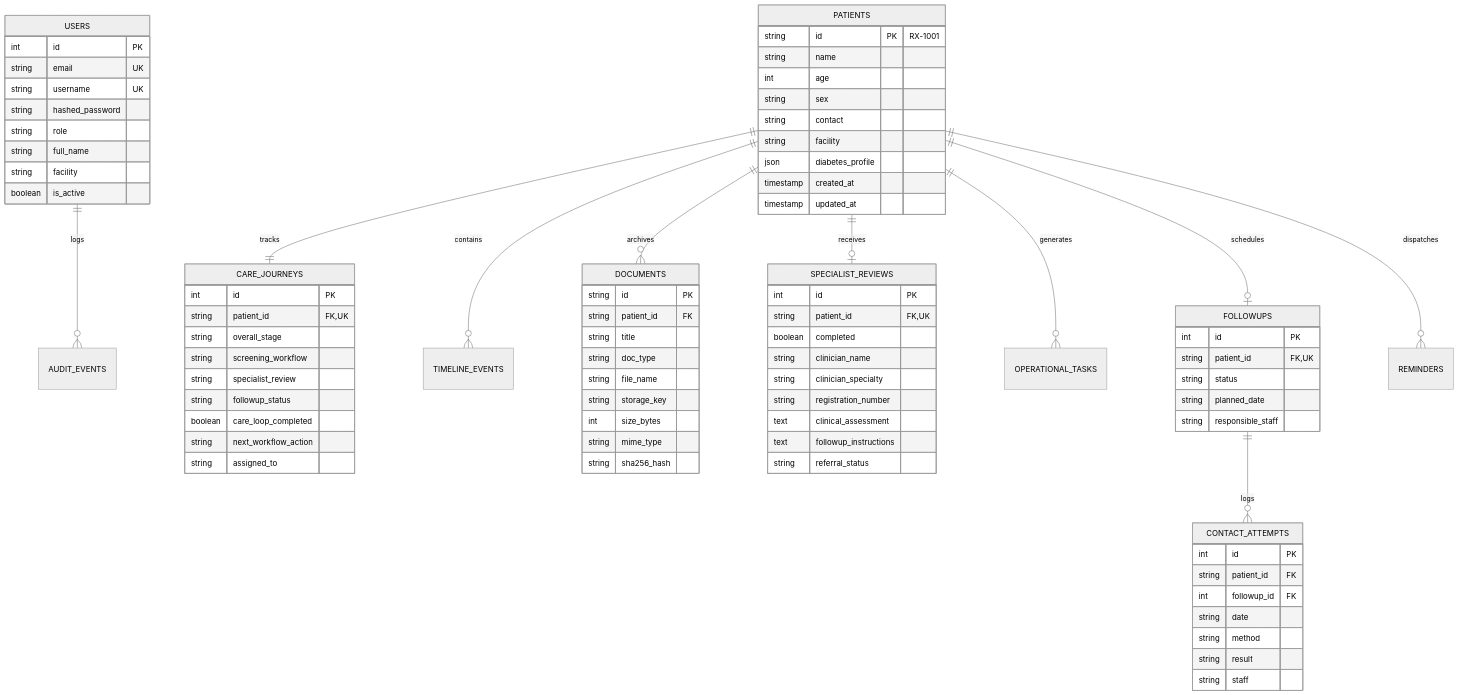
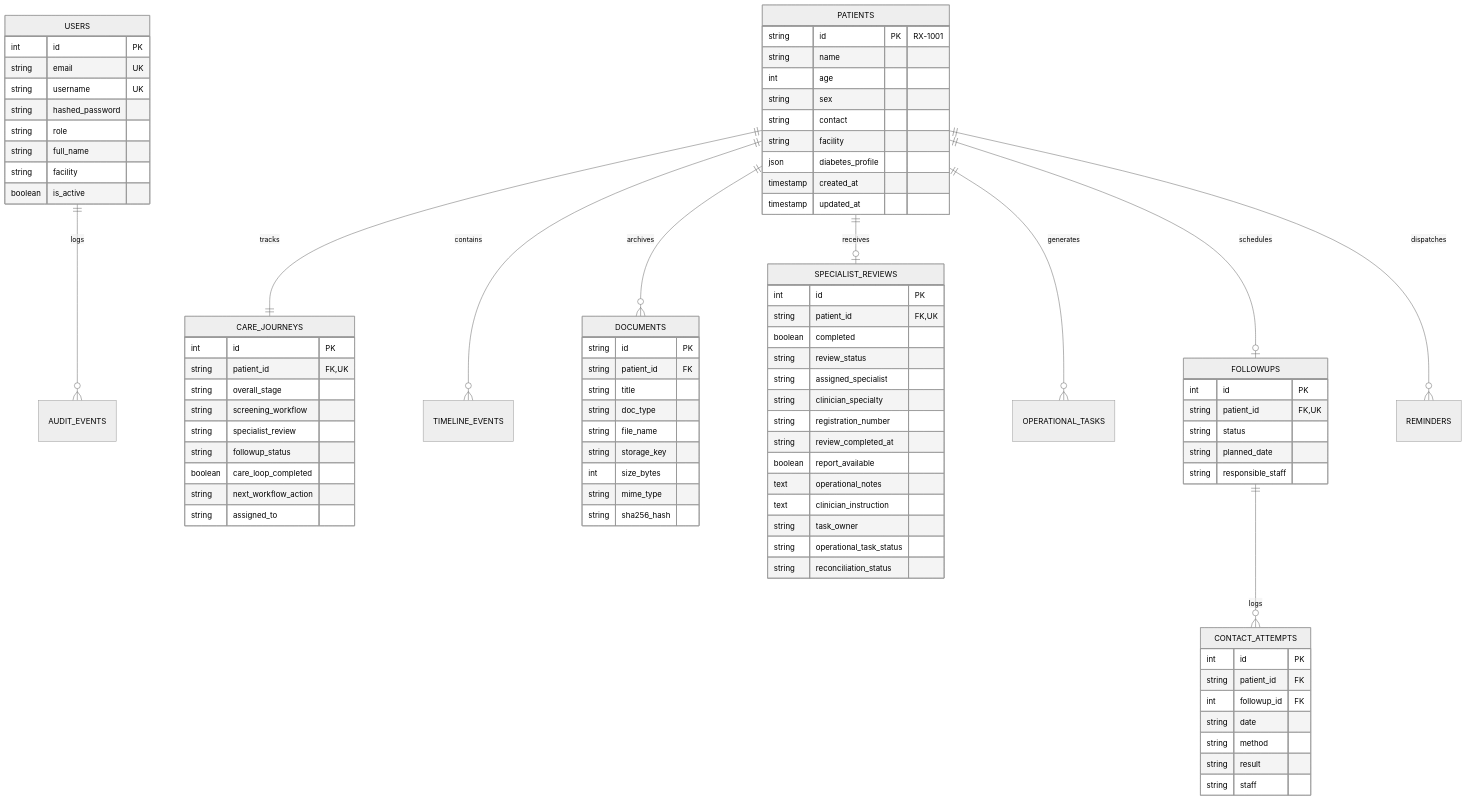
The diagram in docs/DATA_MODEL.md (Shrestha-ijarwal/RetinaX_Healthathon), drawn with Mermaid (neutral theme) before and after one commit. The commit also changed other lines of this file and 57 other files, not shown here.

```diff
--- a/docs/DATA_MODEL.md
+++ b/docs/DATA_MODEL.md
@@ -59,12 +59,17 @@
         int id PK
         string patient_id FK, UK
         boolean completed
-        string clinician_name
+        string review_status
+        string assigned_specialist
         string clinician_specialty
         string registration_number
-        text clinical_assessment
-        text followup_instructions
-        string referral_status
+        string review_completed_at
+        boolean report_available
+        text operational_notes
+        text clinician_instruction
+        string task_owner
+        string operational_task_status
+        string reconciliation_status
     }
 
     DOCUMENTS {
```
